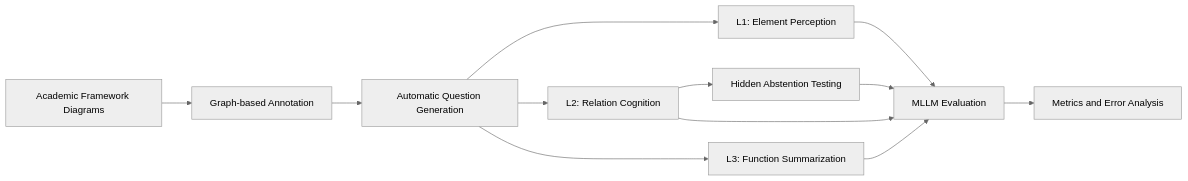
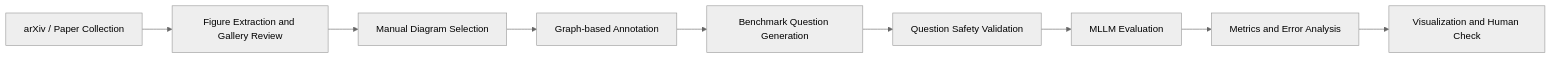
The first of 3 diagrams in README.md (PeilinJia/AcademicBench), drawn with Mermaid (neutral theme) before and after one commit. The commit also changed other lines of this file, not shown here.

````diff
--- a/README.md
+++ b/README.md
@@ -30,14 +52,11 @@
 ```mermaid
 flowchart LR
-    A[Academic Framework Diagrams] --> B[Graph-based Annotation]
-    B --> C[Automatic Question Generation]
-    C --> D[L1: Element Perception]
-    C --> E[L2: Relation Cognition]
-    C --> F[L3: Function Summarization]
-    E --> G[Hidden Abstention Testing]
-    D --> H[MLLM Evaluation]
-    E --> H
-    F --> H
-    G --> H
-    H --> I[Metrics and Error Analysis]
+    A[arXiv / Paper Collection] --> B[Figure Extraction and Gallery Review]
+    B --> C[Manual Diagram Selection]
+    C --> D[Graph-based Annotation]
+    D --> E[Benchmark Question Generation]
+    E --> F[Question Safety Validation]
+    F --> G[MLLM Evaluation]
+    G --> H[Metrics and Error Analysis]
+    H --> I[Visualization and Human Check]
 ```
````
